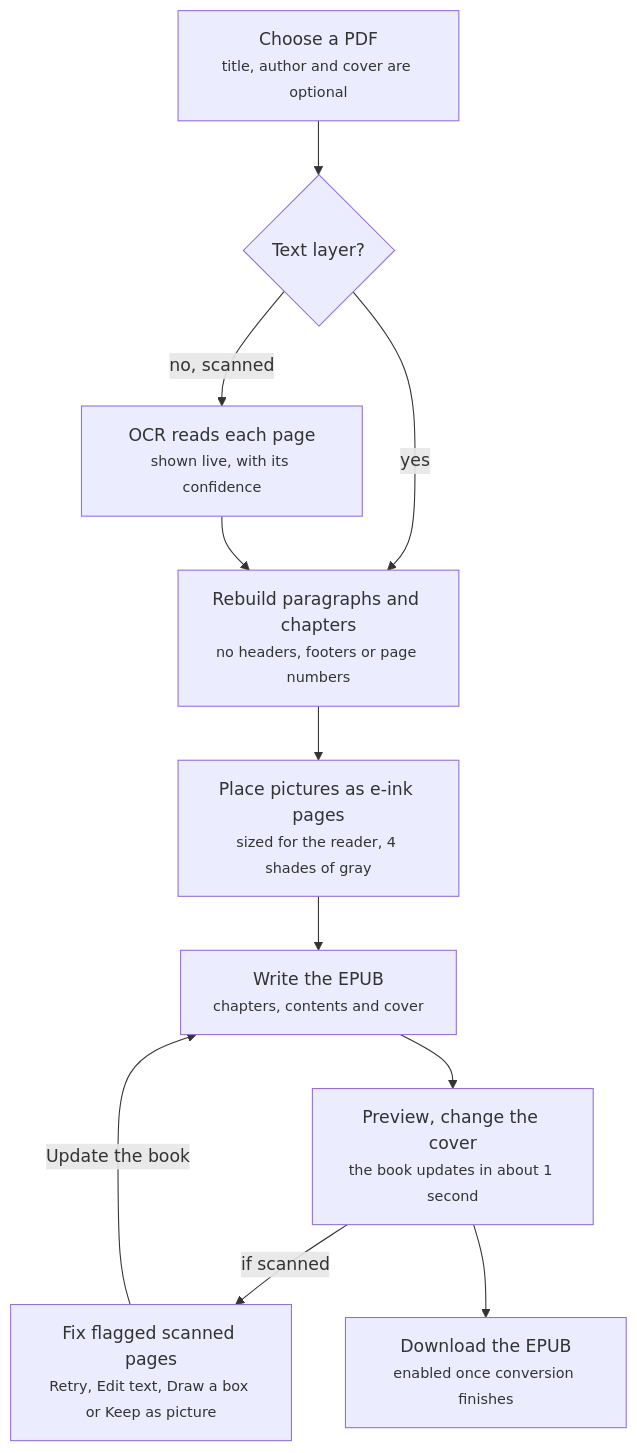
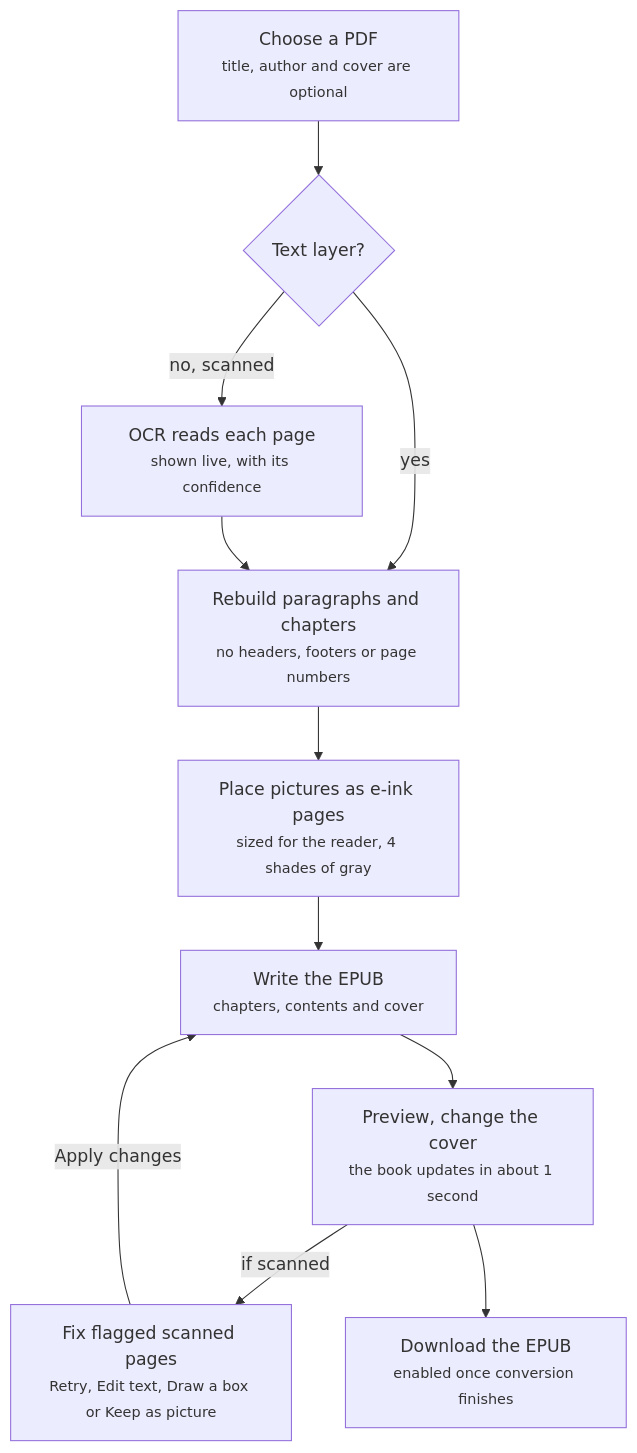
One commit to achmadm23/convertPdf changed the first of 2 diagrams in brd.md. Above: the diagram before and after it, drawn with Mermaid. The commit also changed other lines of this file, not shown here.

Commit message:
BRD: books kept, one Apply bar, a checklist and the output when adding in the v1.3.0 release

````diff
--- a/brd.md
+++ b/brd.md
@@ -82,13 +82,13 @@
 ```mermaid
 flowchart TD
     choose["Choose a PDF<br/><small>title, author and cover are optional</small>"] --> layer{"Text layer?"}
     layer -- yes --> rebuild["Rebuild paragraphs and chapters<br/><small>no headers, footers or page numbers</small>"]
     layer -- "no, scanned" --> ocr["OCR reads each page<br/><small>shown live, with its confidence</small>"]
     ocr --> rebuild
     rebuild --> pictures["Place pictures as e-ink pages<br/><small>sized for the reader, 4 shades of gray</small>"]
     pictures --> write["Write the EPUB<br/><small>chapters, contents and cover</small>"]
     write --> preview["Preview, change the cover<br/><small>the book updates in about 1 second</small>"]
     preview -- "if scanned" --> fix["Fix flagged scanned pages<br/><small>Retry, Edit text, Draw a box or Keep as picture</small>"]
-    fix -- "Update the book" --> write
+    fix -- "Apply changes" --> write
     preview --> download["Download the EPUB<br/><small>enabled once conversion finishes</small>"]
 ```
````
